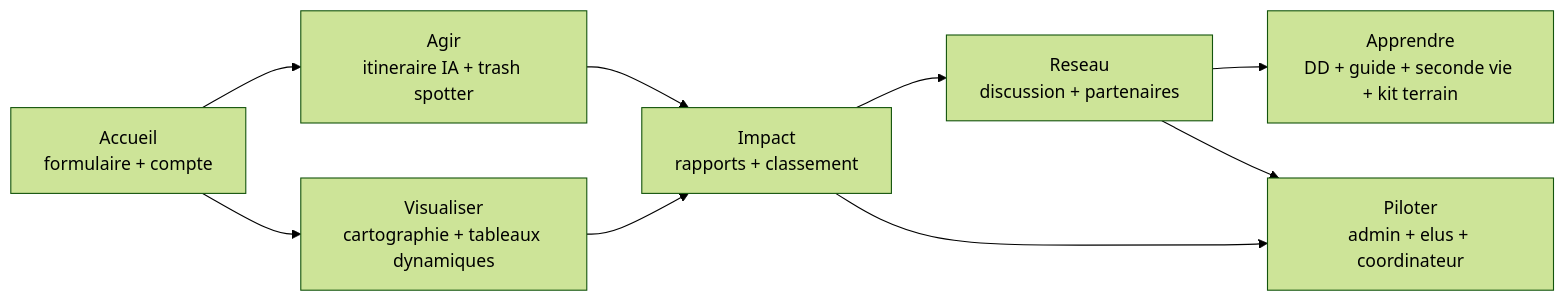
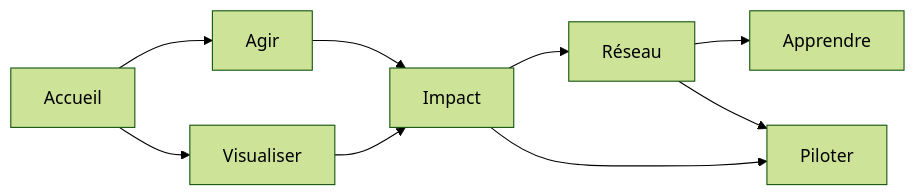
The diagram in documentation/product/vision-et-objectifs.md (maxd4/CleanmyMap), drawn with Mermaid (forest theme) before and after one commit. The commit also changed other lines of this file and 182 other files, not shown here.

````diff
--- a/documentation/product/vision-et-objectifs.md
+++ b/documentation/product/vision-et-objectifs.md
@@ -6,11 +26,11 @@
 ```mermaid
 flowchart LR
-  HOME[Accueil<br/>formulaire + compte] --> AGIR[Agir<br/>itineraire IA + trash spotter]
-  HOME --> VISU[Visualiser<br/>cartographie + tableaux dynamiques]
-  AGIR --> IMPACT[Impact<br/>rapports + classement]
+  HOME["Accueil"] --> AGIR["Agir"]
+  HOME --> VISU["Visualiser"]
+  AGIR --> IMPACT["Impact"]
   VISU --> IMPACT
-  IMPACT --> RESEAU[Reseau<br/>discussion + partenaires]
-  RESEAU --> APPRENDRE[Apprendre<br/>DD + guide + seconde vie + kit terrain]
-  IMPACT --> PILOTER[Piloter<br/>admin + elus + coordinateur]
+  IMPACT --> RESEAU["Réseau"]
+  RESEAU --> APPRENDRE["Apprendre"]
+  IMPACT --> PILOTER["Piloter"]
   RESEAU --> PILOTER
 ```
````
